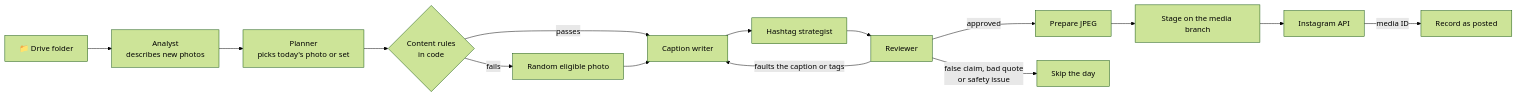
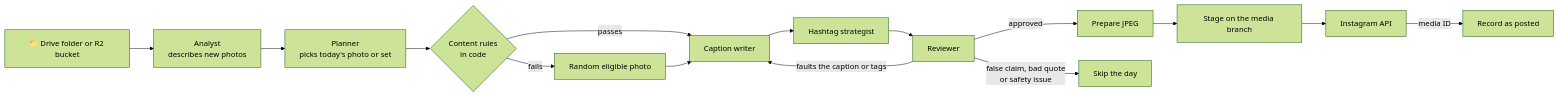
The first of 2 diagrams in README.md (sritajkumarpatel/instaPostsForge), drawn with Mermaid (forest theme) before and after one commit. The commit also changed other lines of this file and 4 other files, not shown here.

First line of the commit message:
Docs: photos from Google Drive or Cloudflare R2

````diff
--- a/README.md
+++ b/README.md
@@ -53,17 +53,17 @@
 ```mermaid
 flowchart LR
-    A[📁 Drive folder] --> B[Analyst<br/>describes new photos]
+    A[📁 Drive folder or R2 bucket] --> B[Analyst<br/>describes new photos]
     B --> C[Planner<br/>picks today's photo or set]
     C --> D{Content rules<br/>in code}
     D -->|passes| E[Caption writer]
     D -->|fails| R[Random eligible photo]
     R --> E
     E --> F[Hashtag strategist]
     F --> G[Reviewer]
     G -->|faults the caption or tags| E
     G -->|approved| I[Prepare JPEG]
     G -->|false claim, bad quote<br/>or safety issue| X[Skip the day]
     I --> J[Stage on the media branch]
     J --> K[Instagram API]
     K -->|media ID| L[Record as posted]
 ```
````
